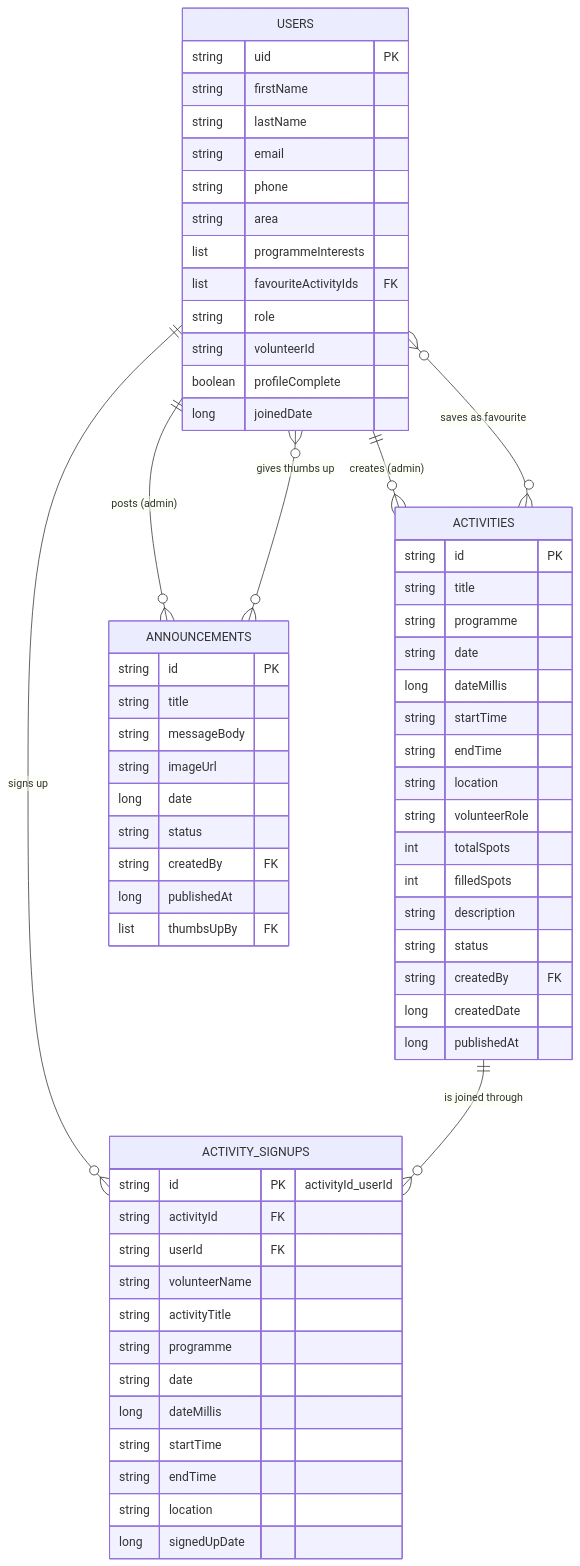
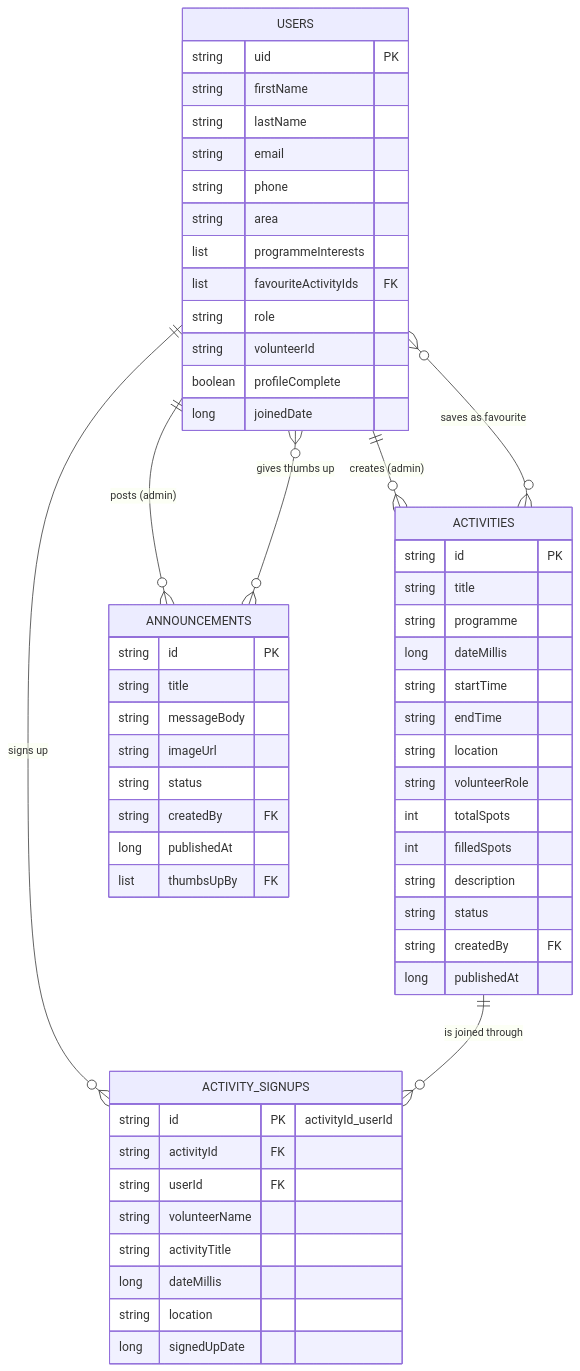
The diagram in README.md (Kwethukubonga/PAB_Volunteers), drawn with Mermaid before and after one commit. The commit also changed other lines of this file, not shown here.

````diff
--- a/README.md
+++ b/README.md
@@ -649,70 +311,63 @@
 ```mermaid
 erDiagram
     USERS ||--o{ ACTIVITY_SIGNUPS : "signs up"
     ACTIVITIES ||--o{ ACTIVITY_SIGNUPS : "is joined through"
     USERS ||--o{ ACTIVITIES : "creates (admin)"
     USERS ||--o{ ANNOUNCEMENTS : "posts (admin)"
     USERS }o--o{ ANNOUNCEMENTS : "gives thumbs up"
     USERS }o--o{ ACTIVITIES : "saves as favourite"
 
     USERS {
         string uid PK
         string firstName
         string lastName
         string email
         string phone
         string area
         list programmeInterests
         list favouriteActivityIds FK
         string role
         string volunteerId
         boolean profileComplete
         long joinedDate
     }
 
     ACTIVITIES {
         string id PK
         string title
         string programme
-        string date
         long dateMillis
         string startTime
         string endTime
         string location
         string volunteerRole
         int totalSpots
         int filledSpots
         string description
         string status
         string createdBy FK
-        long createdDate
         long publishedAt
     }
 
     ACTIVITY_SIGNUPS {
         string id PK "activityId_userId"
         string activityId FK
         string userId FK
         string volunteerName
         string activityTitle
-        string programme
-        string date
         long dateMillis
-        string startTime
-        string endTime
         string location
         long signedUpDate
     }
 
     ANNOUNCEMENTS {
         string id PK
         string title
         string messageBody
         string imageUrl
-        long date
         string status
         string createdBy FK
         long publishedAt
         list thumbsUpBy FK
     }
 ```
````
